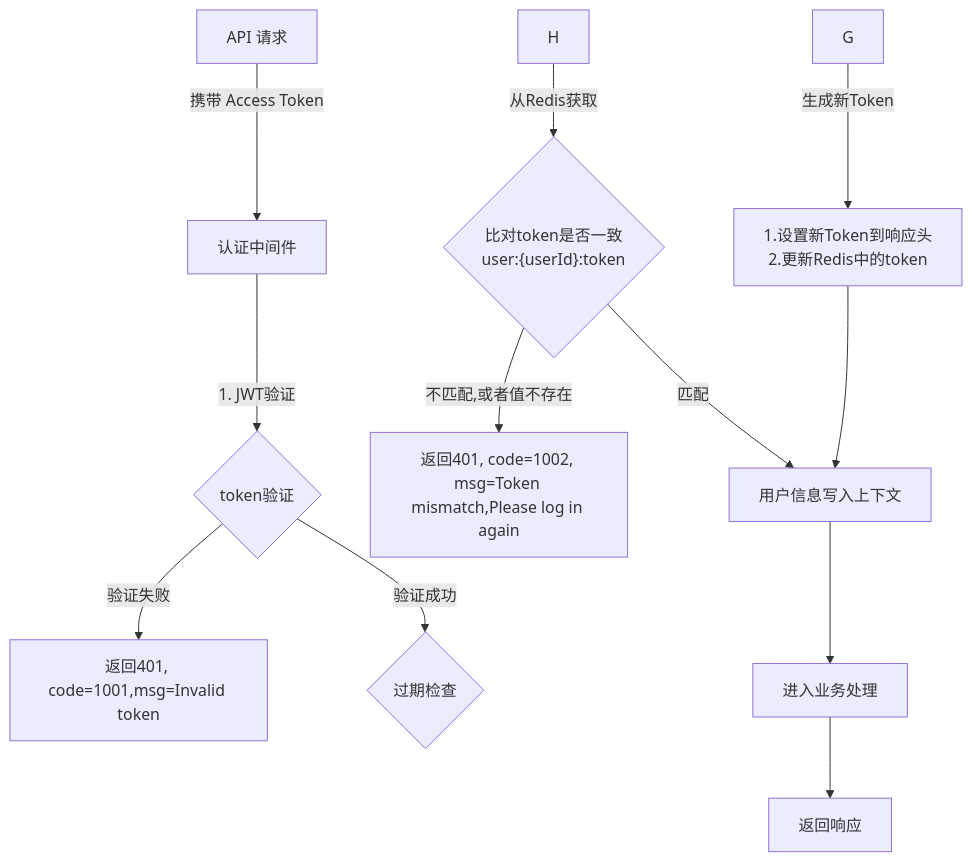
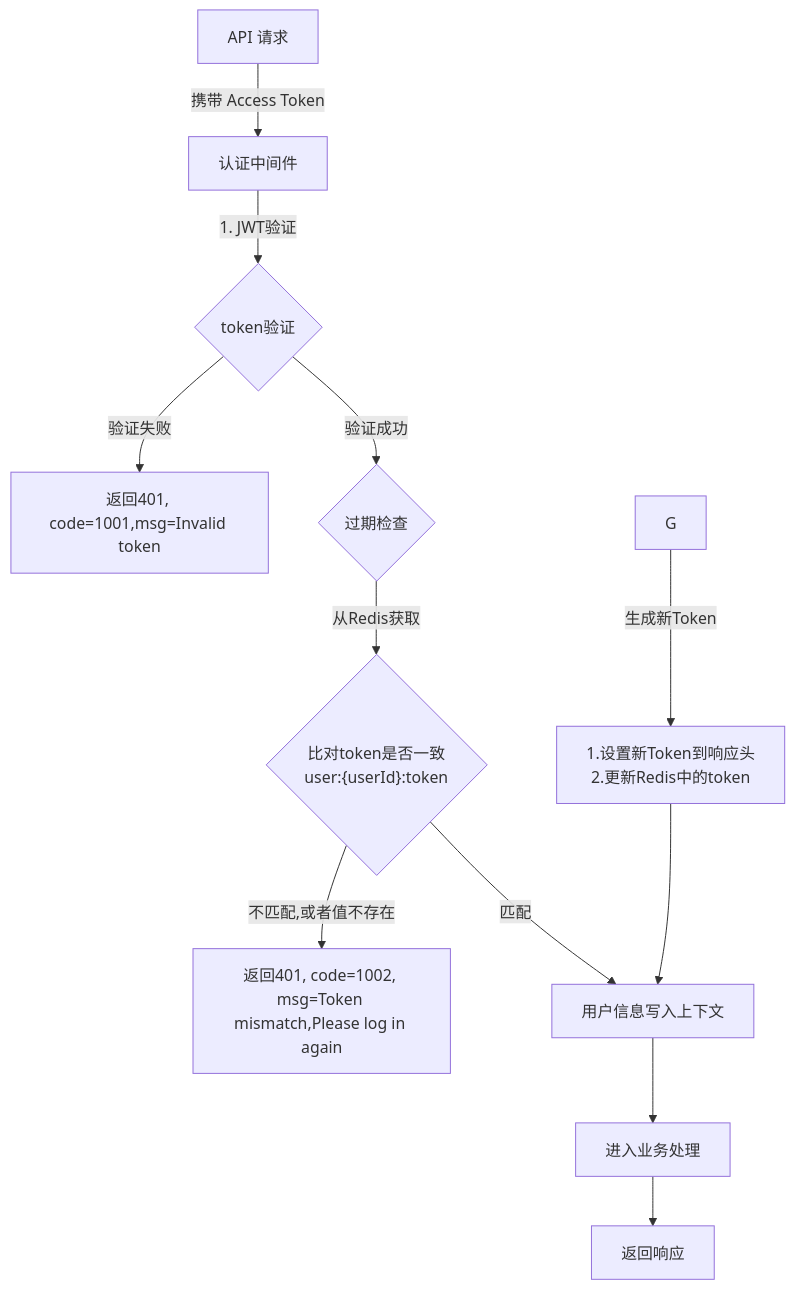
One commit to yingjianzh/iodraw-files changed the diagram in all/未命名-16.md. Above: the diagram before and after it, drawn with Mermaid.

Commit message:
2025-01-08 14:52:10 update

````diff
--- a/all/未命名-16.md
+++ b/all/未命名-16.md
@@ -1,20 +1,20 @@
 ```mermaid
 
 flowchart TD
     A[API 请求] -->|携带 Access Token| B[认证中间件]
     B -->|1. JWT验证| C{token验证}
     C -->|验证失败| D[返回401, code=1001,msg=Invalid token]
     C -->|验证成功| F{过期检查}
     
-    H -->|从Redis获取| I{"比对token是否一致
+    F -->|从Redis获取| I{"比对token是否一致
     user:{userId}:token"}
     I -->|不匹配,或者值不存在| J[返回401, code=1002, msg=Token mismatch,Please log in again]
     I -->|匹配| K[用户信息写入上下文]
     K --> L[进入业务处理]
     L --> N[返回响应]
     
     G -->|生成新Token| M["1.设置新Token到响应头
     2.更新Redis中的token"]
     M --> K
 
 ```
````
